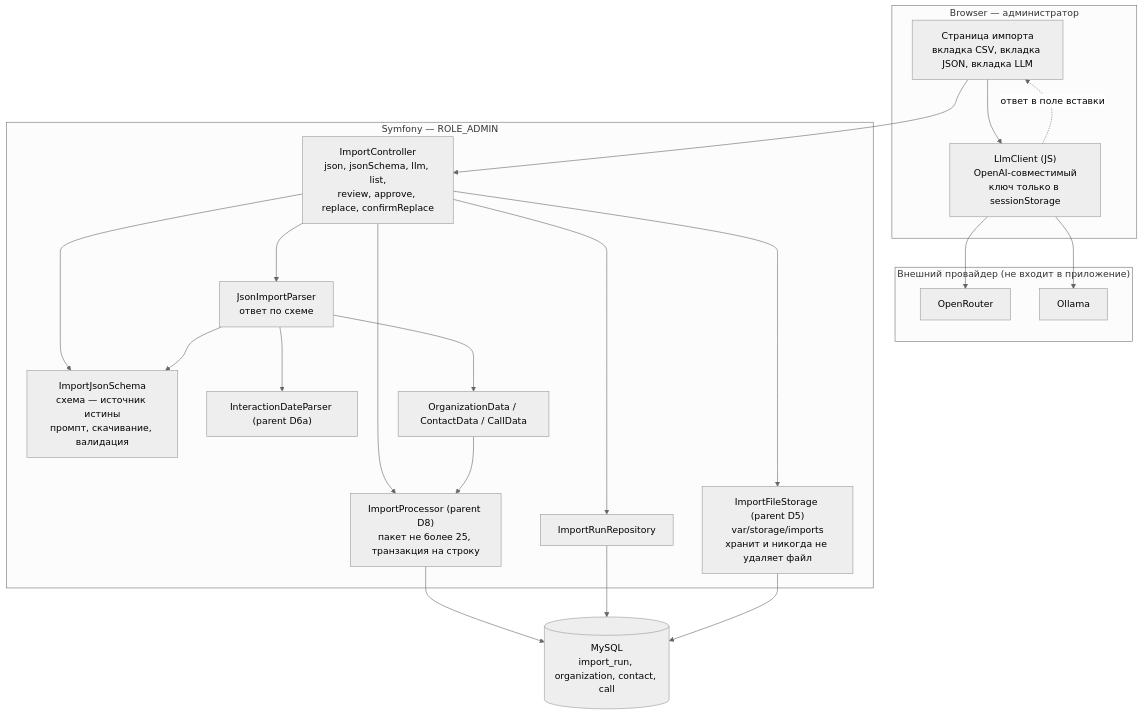
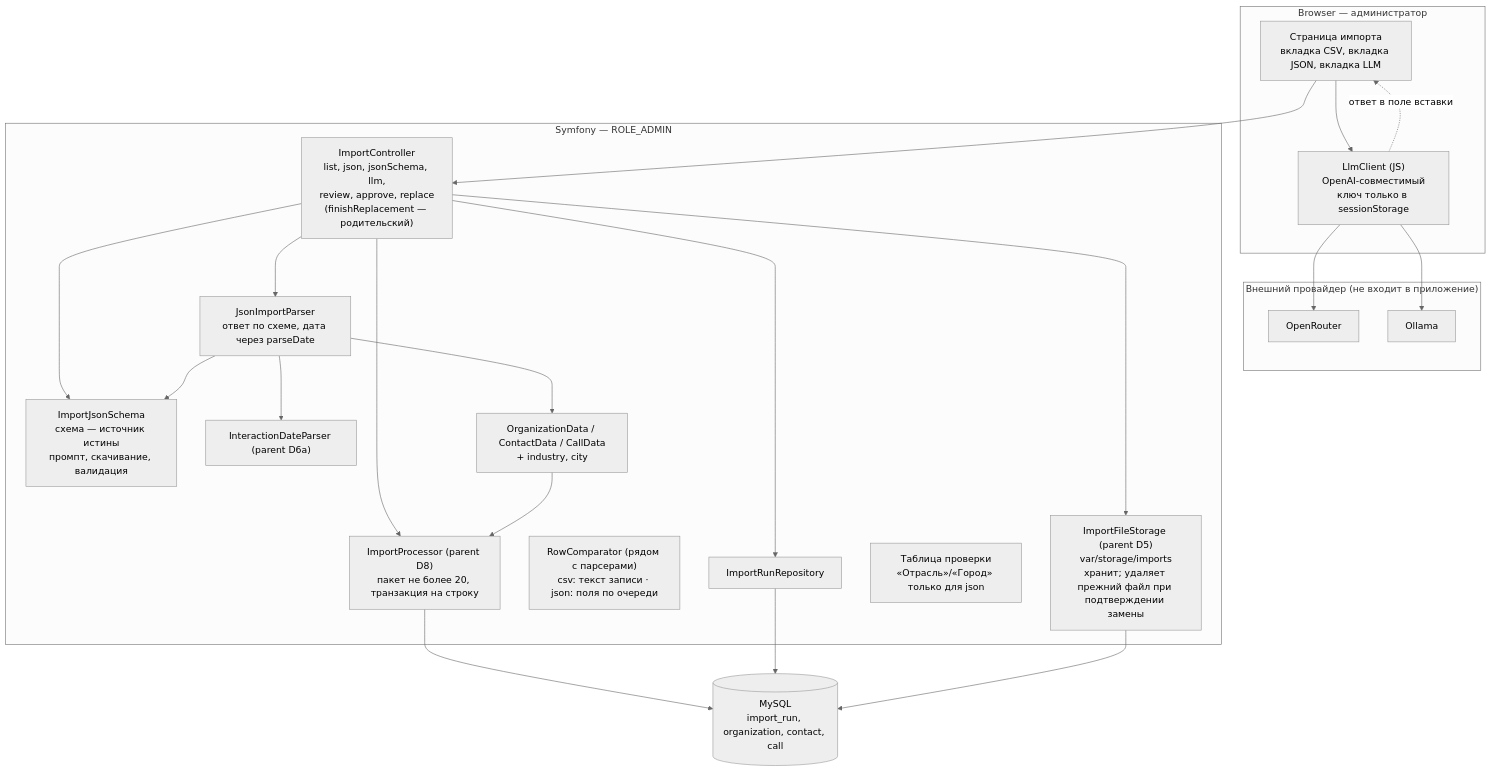
Before and after one commit to AliakseiBurak/crm-one: the second of 3 diagrams in openspec/changes/add-organizations-json-import/design.md, drawn with Mermaid (neutral theme). The commit also changed other lines of this file and 4 other files, not shown here.

First line of the commit message:
docs(import): reconcile the JSON import change with the shipped CSV path

````diff
--- a/openspec/changes/add-organizations-json-import/design.md
+++ b/openspec/changes/add-organizations-json-import/design.md
@@ -257,44 +403,46 @@
 ```mermaid
 flowchart TB
   subgraph Browser["Browser — администратор"]
     ImportPage["Страница импорта<br/>вкладка CSV, вкладка JSON, вкладка LLM"]
     LLMJS["LlmClient (JS)<br/>OpenAI-совместимый<br/>ключ только в sessionStorage"]
   end
 
   subgraph Provider["Внешний провайдер (не входит в приложение)"]
     OR["OpenRouter"]
     OL["Ollama"]
   end
 
   subgraph App["Symfony — ROLE_ADMIN"]
-    IC["ImportController<br/>json, jsonSchema, llm, list,<br/>review, approve, replace, confirmReplace"]
-    ST["ImportFileStorage (parent D5)<br/>var/storage/imports<br/>хранит и никогда не удаляет файл"]
+    IC["ImportController<br/>list, json, jsonSchema, llm,<br/>review, approve, replace<br/>(finishReplacement — родительский)"]
+    ST["ImportFileStorage (parent D5)<br/>var/storage/imports<br/>хранит; удаляет прежний файл при подтверждении замены"]
     SCH["ImportJsonSchema<br/>схема — источник истины<br/>промпт, скачивание, валидация"]
-    JP["JsonImportParser<br/>ответ по схеме"]
+    JP["JsonImportParser<br/>ответ по схеме, дата через parseDate"]
+    CMP["RowComparator (рядом с парсерами)<br/>csv: текст записи · json: поля по очереди"]
     IDP["InteractionDateParser (parent D6a)"]
-    DTO["OrganizationData / ContactData / CallData"]
-    IP["ImportProcessor (parent D8)<br/>пакет не более 25, транзакция на строку"]
+    DTO["OrganizationData / ContactData / CallData<br/>+ industry, city"]
+    IP["ImportProcessor (parent D8)<br/>пакет не более 20, транзакция на строку"]
+    RV["Таблица проверки<br/>«Отрасль»/«Город» только для json"]
     IR["ImportRunRepository"]
   end
 
   DB[(MySQL<br/>import_run, organization, contact, call)]
 
   ImportPage --> IC
   ImportPage --> LLMJS
   LLMJS --> OR
   LLMJS --> OL
   LLMJS -. ответ в поле вставки .-> ImportPage
 
   IC --> ST
   IC --> JP
   IC --> SCH
   IC --> IP
   IC --> IR
   JP --> SCH
   JP --> IDP
   JP --> DTO
   DTO --> IP
   IP --> DB
   IR --> DB
   ST --> DB
 ```
````
